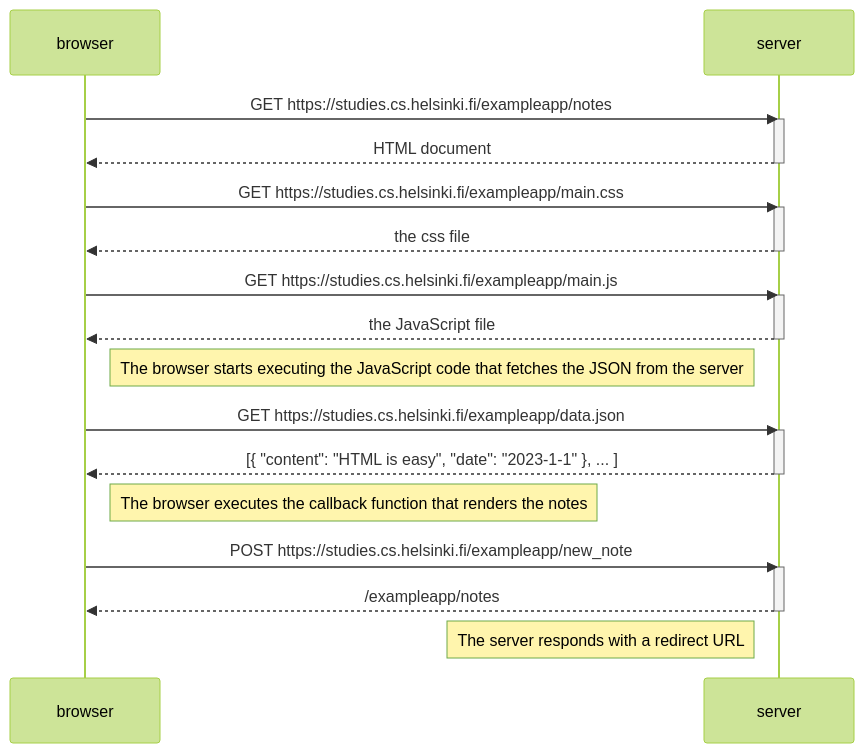
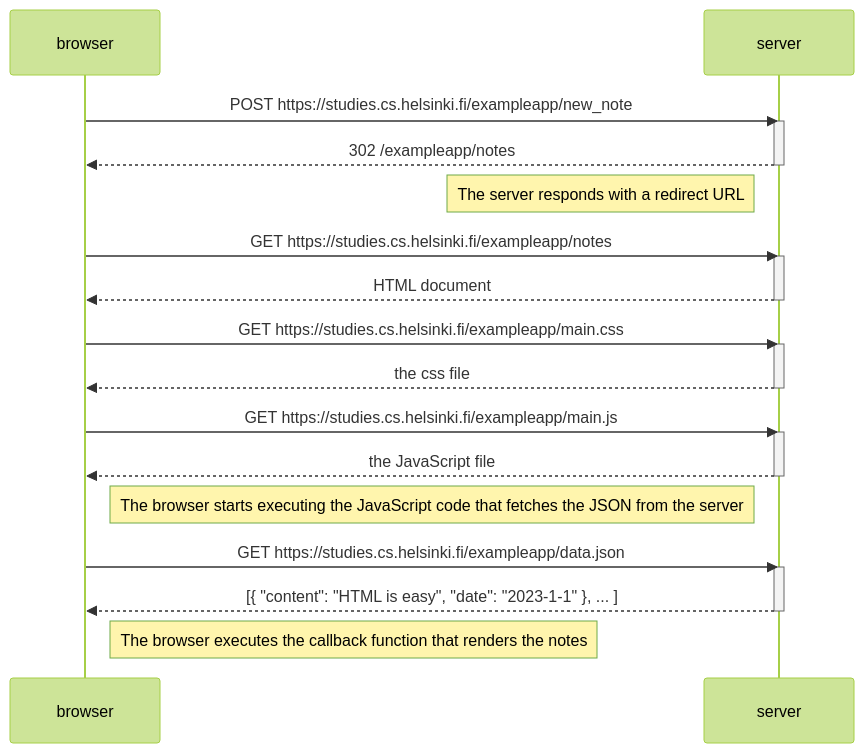
The diagram in Part0/0.4.md (RedericoFocco/FullStackOpenCourse), drawn with Mermaid (forest theme) before and after one commit.

````diff
--- a/Part0/0.4.md
+++ b/Part0/0.4.md
@@ -1,26 +1,26 @@
 ```mermaid
 sequenceDiagram
-    browser->>server: GET https://studies.cs.helsinki.fi/exampleapp/notes
+    browser->>server: POST https://studies.cs.helsinki.fi/exampleapp/new_note
+    activate server
+    server-->>browser: 302 /exampleapp/notes
+    deactivate server
+    Note left of server: The server responds with a redirect URL
+     browser->>server: GET https://studies.cs.helsinki.fi/exampleapp/notes
     activate server
     server-->>browser: HTML document
     deactivate server
     browser->>server: GET https://studies.cs.helsinki.fi/exampleapp/main.css
     activate server
     server-->>browser: the css file
     deactivate server
     browser->>server: GET https://studies.cs.helsinki.fi/exampleapp/main.js
     activate server
     server-->>browser: the JavaScript file
     deactivate server
     Note right of browser: The browser starts executing the JavaScript code that fetches the JSON from the server
     browser->>server: GET https://studies.cs.helsinki.fi/exampleapp/data.json
     activate server
     server-->>browser: [{ "content": "HTML is easy", "date": "2023-1-1" }, ... ]
     deactivate server
     Note right of browser: The browser executes the callback function that renders the notes
-    browser->>server: POST https://studies.cs.helsinki.fi/exampleapp/new_note
-    activate server
-    server-->>browser: /exampleapp/notes
-    deactivate server
-    Note left of server: The server responds with a redirect URL
 ```
````
